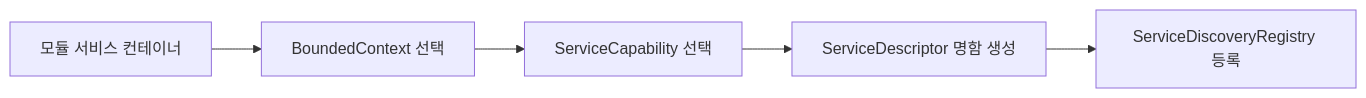
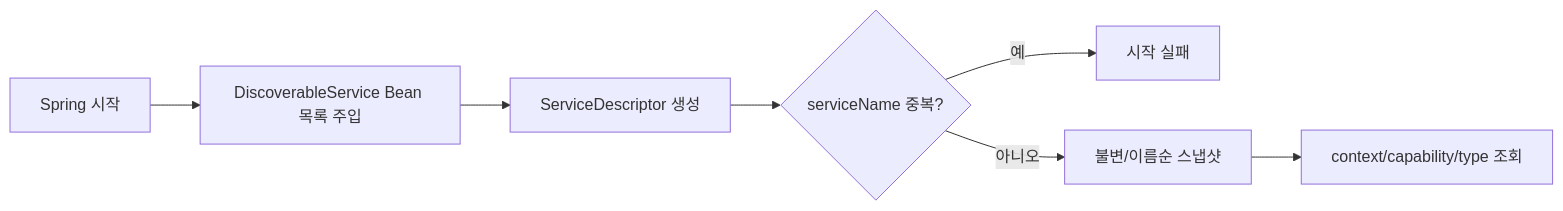
Before and after one commit to skyg547/account: the first of 2 diagrams in shared-kernel/docs/process-flow.md, drawn with Mermaid. The commit also changed other lines of this file and 72 other files, not shown here.

````diff
--- a/shared-kernel/docs/process-flow.md
+++ b/shared-kernel/docs/process-flow.md
@@ -21,7 +5,9 @@
 ```mermaid
 flowchart LR
-    A[모듈 서비스 컨테이너] --> B[BoundedContext 선택]
-    B --> C[ServiceCapability 선택]
-    C --> D[ServiceDescriptor 명함 생성]
-    D --> E[ServiceDiscoveryRegistry 등록]
+    A[Spring 시작] --> B[DiscoverableService Bean 목록 주입]
+    B --> C[ServiceDescriptor 생성]
+    C --> D{serviceName 중복?}
+    D -- 예 --> E[시작 실패]
+    D -- 아니오 --> F[불변/이름순 스냅샷]
+    F --> G[context/capability/type 조회]
 ```
````
